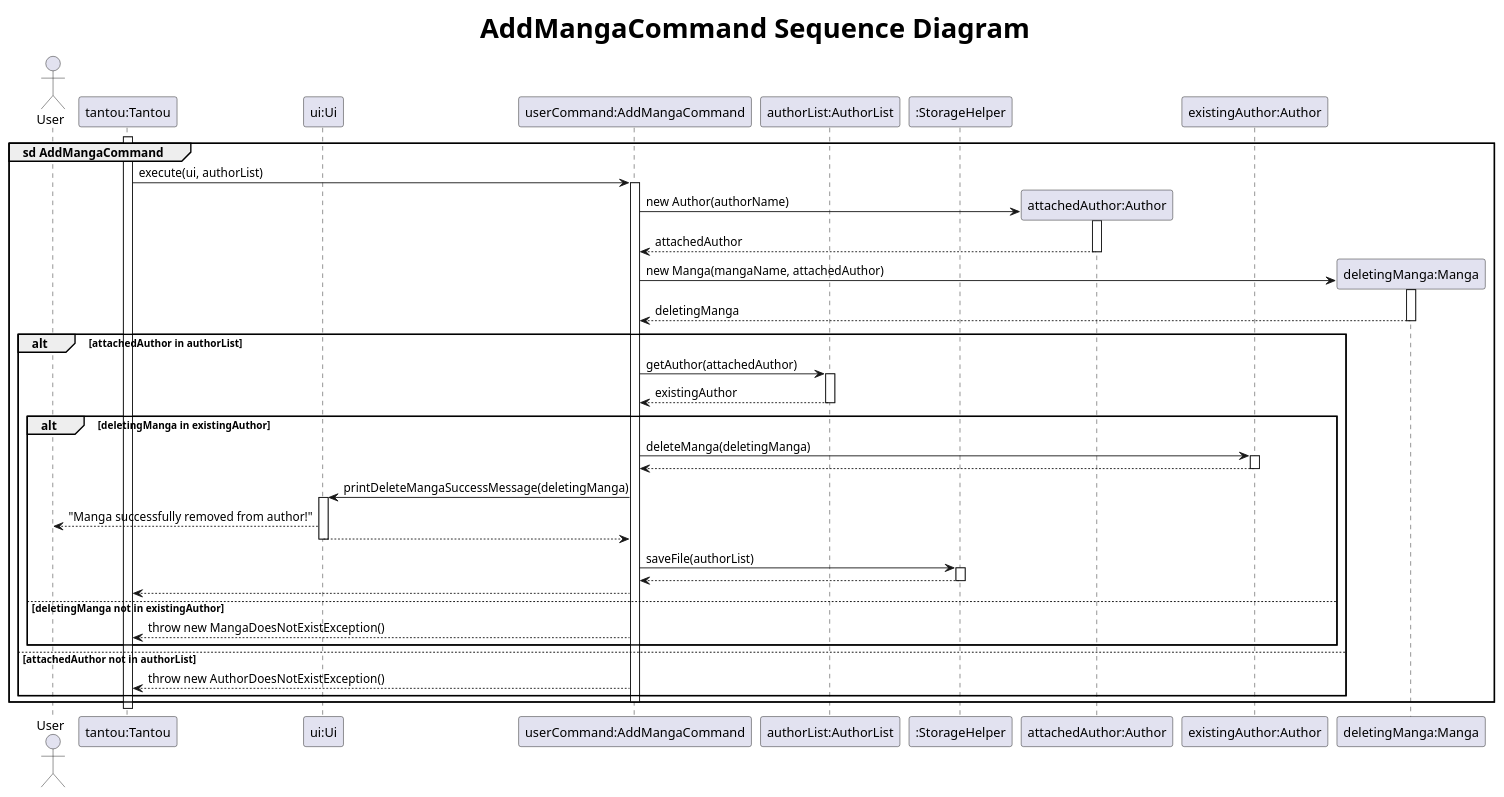
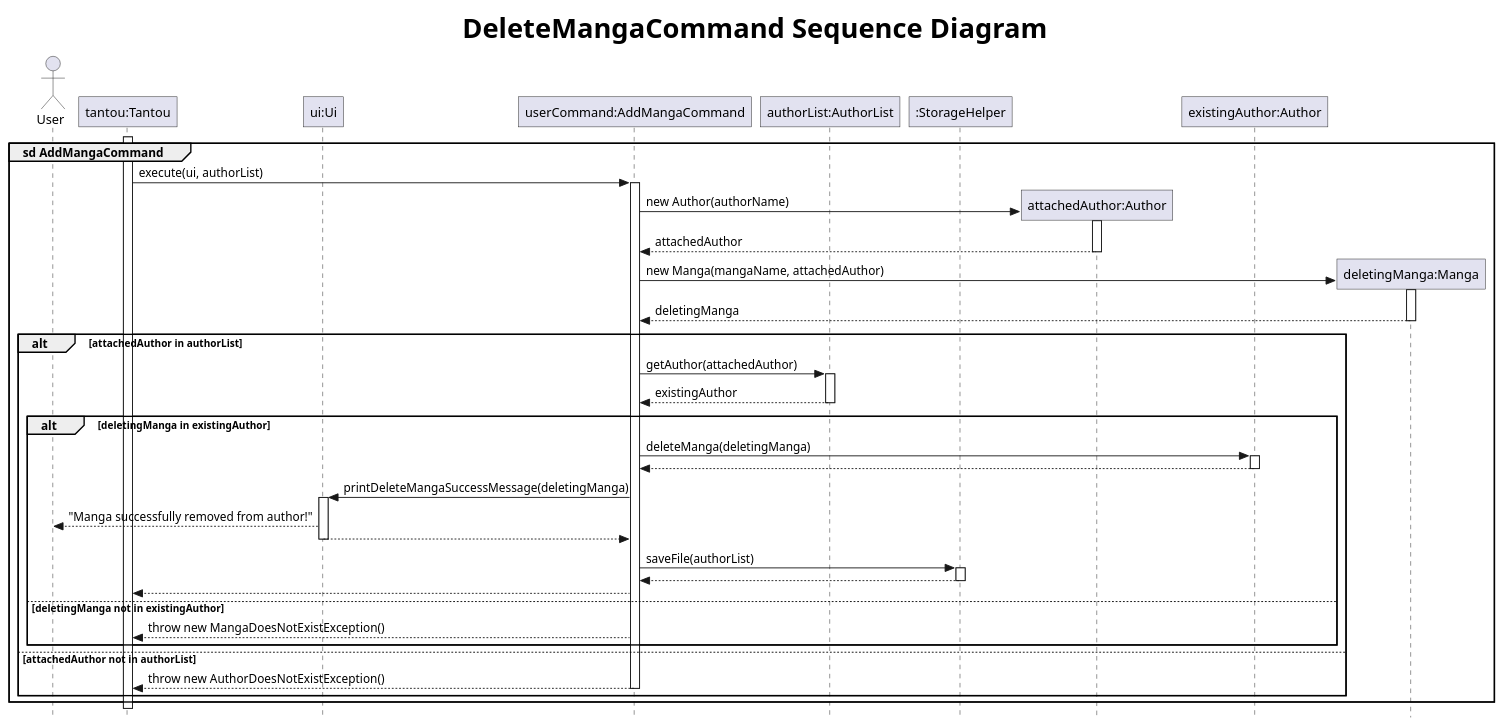
Before and after one commit to xenthm/tp: the diagram in docs/uml/puml/DeleteMangaSequence.puml, drawn with PlantUML. The commit also changed 1 other file, not shown here.

Commit message:
Update DeleteMangaCommand sequence diagram

```diff
--- a/docs/uml/puml/DeleteMangaSequence.puml
+++ b/docs/uml/puml/DeleteMangaSequence.puml
@@ -1,65 +1,68 @@
 @startuml
 autoactivate off
-title <size:30> AddMangaCommand Sequence Diagram
+title <size:30> DeleteMangaCommand Sequence Diagram
+hide footbox
+skinparam roundCorner 0
+skinparam style strictuml
 
 actor User
 participant "tantou:Tantou" as tantou
 participant "ui:Ui" as ui
 participant "userCommand:AddMangaCommand" as userCommand
 participant "authorList:AuthorList" as authorList
 participant ":StorageHelper" as storage
 participant "attachedAuthor:Author" as author
 participant "existingAuthor:Author" as existingAuthor
 participant "deletingManga:Manga" as manga
 
 activate tantou
 group sd AddMangaCommand
 
     tantou -> userCommand : execute(ui, authorList)
     activate userCommand
 
     create author
     userCommand -> author : new Author(authorName)
     activate author
     author --> userCommand : attachedAuthor
     deactivate author
 
     create manga
     userCommand -> manga : new Manga(mangaName, attachedAuthor)
     activate manga
     manga --> userCommand : deletingManga
     deactivate manga
 
     alt attachedAuthor in authorList
         userCommand -> authorList : getAuthor(attachedAuthor)
         activate authorList
         authorList --> userCommand : existingAuthor
         deactivate authorList
         alt deletingManga in existingAuthor
             userCommand -> existingAuthor : deleteManga(deletingManga)
             activate existingAuthor
             existingAuthor --> userCommand
             deactivate existingAuthor
 
             userCommand -> ui : printDeleteMangaSuccessMessage(deletingManga)
             activate ui
             ui --> User : "Manga successfully removed from author!"
             ui --> userCommand
             deactivate ui
 
             userCommand -> storage : saveFile(authorList)
             activate storage
             storage --> userCommand
             deactivate storage
             userCommand --> tantou
         else deletingManga not in existingAuthor
             userCommand --> tantou : throw new MangaDoesNotExistException()
         end
     else attachedAuthor not in authorList
         userCommand --> tantou : throw new AuthorDoesNotExistException()
+        deactivate userCommand
     end
-    deactivate userCommand
 end
 deactivate tantou
 autoactivate on
 @enduml
```
